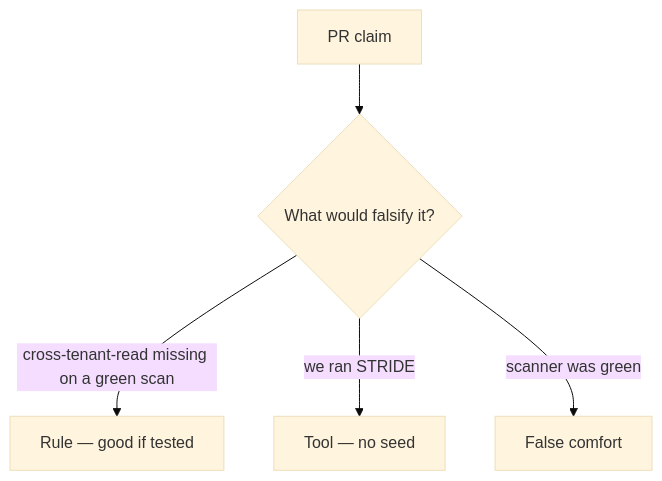
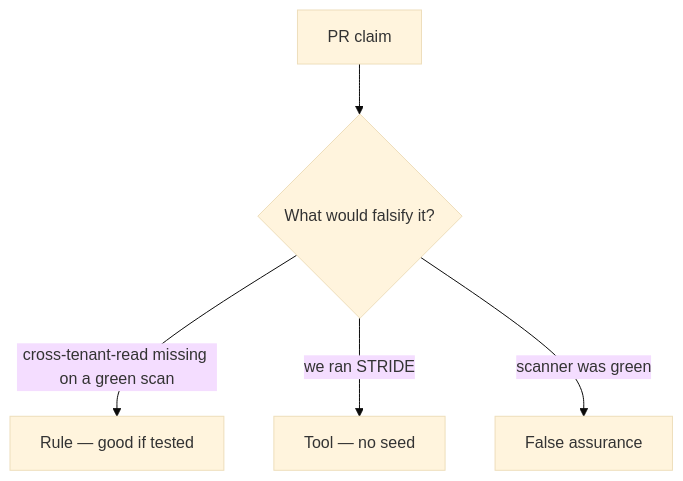
One commit to ishitvagoel/LearnSecurity changed the diagram in content/modules/3/3.2/lessons/08-review.md. Above: the diagram before and after it, drawn with Mermaid (base theme). The commit also changed other lines of this file and 240 other files, not shown here.

````diff
--- a/content/modules/3/3.2/lessons/08-review.md
+++ b/content/modules/3/3.2/lessons/08-review.md
@@ -18,7 +18,7 @@
 ```mermaid
 flowchart TD
   Claim[PR claim] --> Q{"What would falsify it?"}
   Q -->|"cross-tenant-read missing on a green scan"| Property["Rule — good if tested"]
   Q -->|"we ran STRIDE"| Mechanism[Tool — no seed]
-  Q -->|"scanner was green"| False[False comfort]
+  Q -->|"scanner was green"| False[False assurance]
 ```
````
